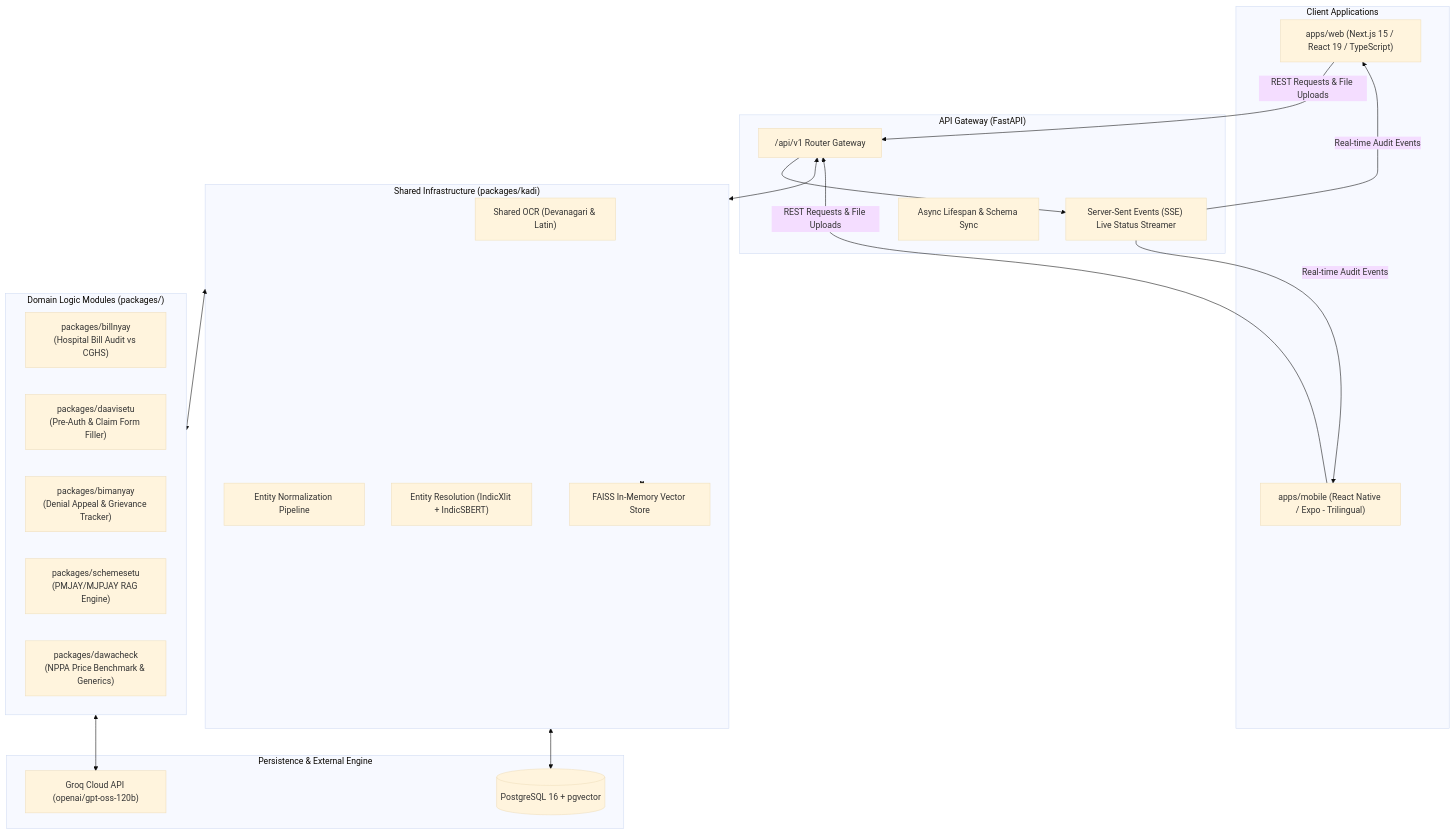
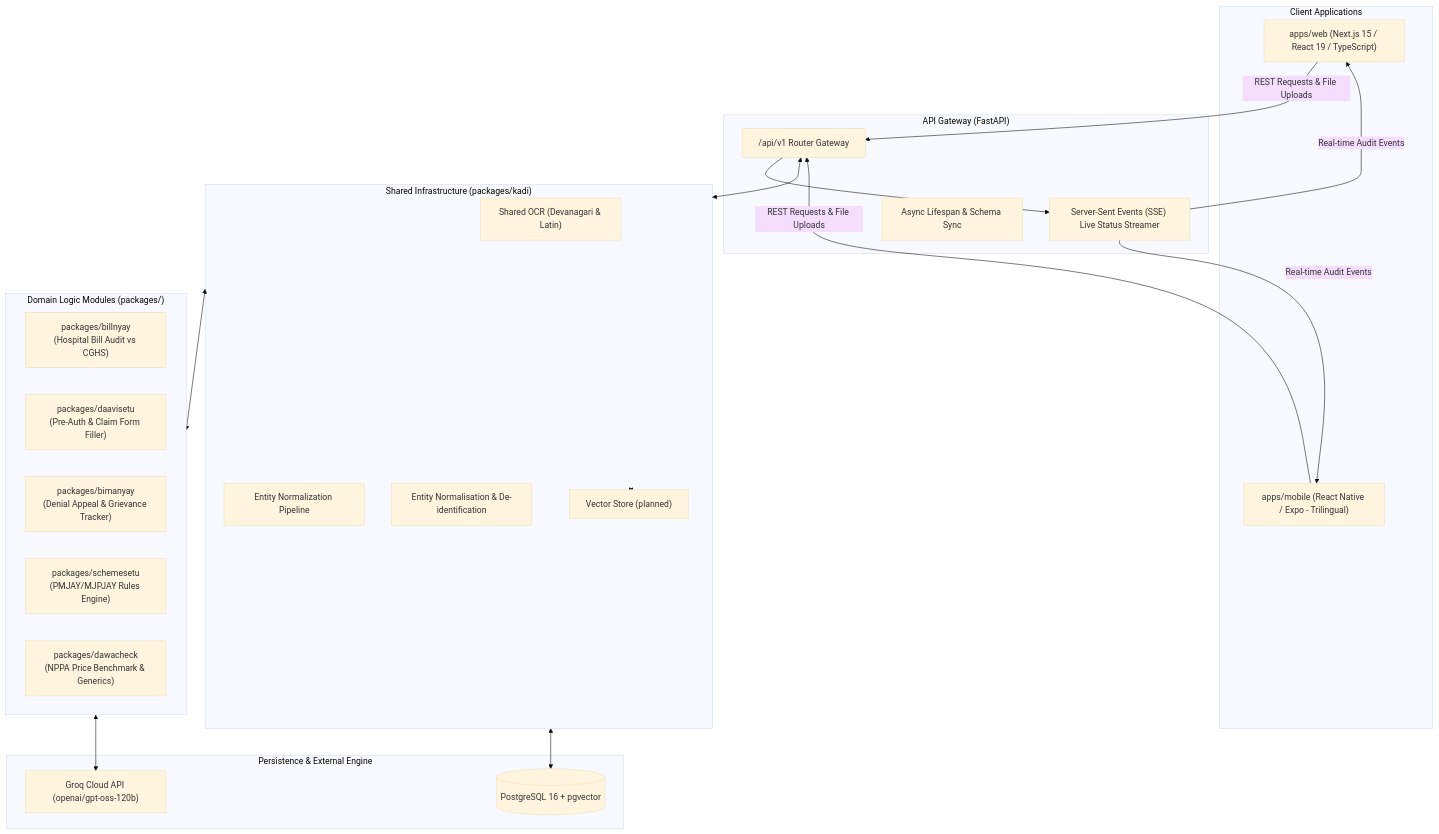
One commit to Viraj281105/Arogyarakshak changed the diagram in docs/architecture/overview.md. Above: the diagram before and after it, drawn with Mermaid (base theme). The commit also changed other lines of this file and 47 other files, not shown here.

````diff
--- a/docs/architecture/overview.md
+++ b/docs/architecture/overview.md
@@ -18,43 +18,43 @@
 ```mermaid
 flowchart TD
     subgraph ClientLayer ["Client Applications"]
         Web["apps/web (Next.js 15 / React 19 / TypeScript)"]
         Mobile["apps/mobile (React Native / Expo - Trilingual)"]
     end
 
     subgraph APILayer ["API Gateway (FastAPI)"]
         Router["/api/v1 Router Gateway"]
         SSE["Server-Sent Events (SSE) Live Status Streamer"]
         Lifespan["Async Lifespan & Schema Sync"]
     end
 
     subgraph SharedLayer ["Shared Infrastructure (packages/kadi)"]
         OCR["Shared OCR (Devanagari & Latin)"]
         Extraction["Entity Normalization Pipeline"]
-        Resolution["Entity Resolution (IndicXlit + IndicSBERT)"]
-        FAISS_Idx["FAISS In-Memory Vector Store"]
+        Resolution["Entity Normalisation &amp; De-identification"]
+        FAISS_Idx["Vector Store (planned)"]
     end
 
     subgraph DomainModules ["Domain Logic Modules (packages/)"]
         BillNyay["packages/billnyay<br/>(Hospital Bill Audit vs CGHS)"]
         DaaviSetu["packages/daavisetu<br/>(Pre-Auth & Claim Form Filler)"]
         BimaNyay["packages/bimanyay<br/>(Denial Appeal & Grievance Tracker)"]
-        SchemeSetu["packages/schemesetu<br/>(PMJAY/MJPJAY RAG Engine)"]
+        SchemeSetu["packages/schemesetu<br/>(PMJAY/MJPJAY Rules Engine)"]
         DawaCheck["packages/dawacheck<br/>(NPPA Price Benchmark & Generics)"]
     end
 
     subgraph DataLayer ["Persistence & External Engine"]
         Postgres[(PostgreSQL 16 + pgvector)]
         Groq["Groq Cloud API (openai/gpt-oss-120b)"]
     end
 
     Web & Mobile -->|REST Requests & File Uploads| Router
     Router --> SSE
     SSE -->|Real-time Audit Events| Web & Mobile
 
     Router <--> SharedLayer
     SharedLayer <--> DomainModules
     SharedLayer <--> Postgres
     SharedLayer <--> FAISS_Idx
     DomainModules <--> Groq
 ```
````
